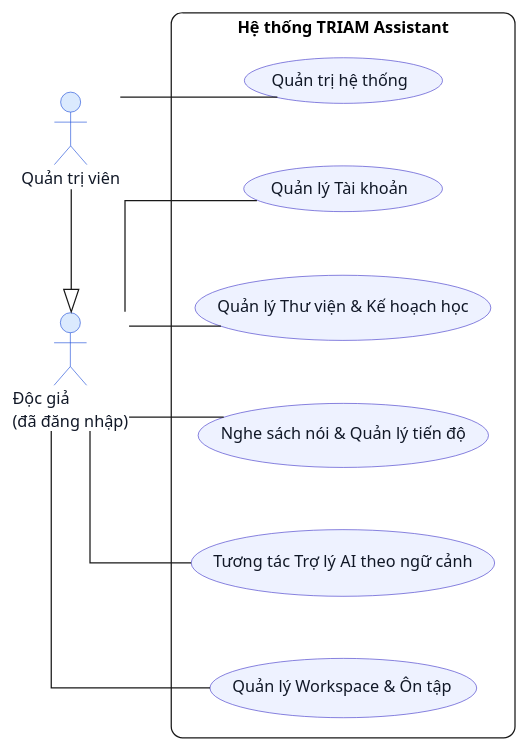
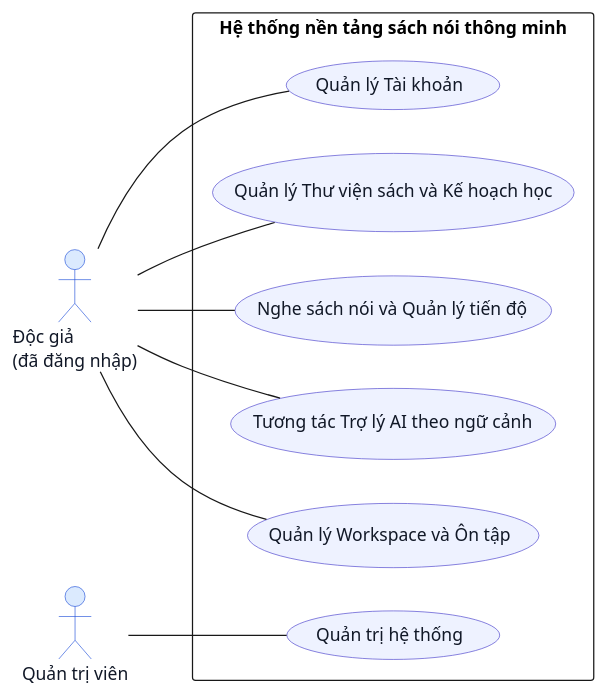
One commit to KhoaSinno/triam-backend changed the diagram in _docs_capstone/_dia/UseCase/sub_UC/triam_usecase_overview.puml. Above: the diagram before and after it, drawn with PlantUML. The commit also changed 15 other files, not shown here.

```diff
--- a/_docs_capstone/_dia/UseCase/sub_UC/triam_usecase_overview.puml
+++ b/_docs_capstone/_dia/UseCase/sub_UC/triam_usecase_overview.puml
@@ -1,45 +1,44 @@
 @startuml triam_usecase_overview
 skinparam Shadowing false
 skinparam backgroundColor #FFFFFF
 skinparam defaultFontName Arial
-skinparam defaultFontSize 13
-skinparam roundcorner 18
-skinparam linetype ortho
-skinparam packageStyle rectangle
-skinparam nodesep 50
-skinparam ranksep 50
+' skinparam defaultFontSize 13
+' skinparam roundcorner 18
+' skinparam linetype ortho
+' skinparam packageStyle rectangle
+' skinparam nodesep 50
+' skinparam ranksep 50
 
 skinparam actor {
   BackgroundColor #DBEAFE
   BorderColor #1D4ED8
   FontColor #111827
 }
 skinparam usecase {
   BackgroundColor #EEF2FF
   BorderColor #4338CA
   FontColor #111827
 }
 
 left to right direction
 
 actor "Độc giả\n(đã đăng nhập)" as Reader
 actor "Quản trị viên" as Admin
-Admin -|> Reader
 
-rectangle "Hệ thống TRIAM Assistant" {
+rectangle "Hệ thống nền tảng sách nói thông minh" {
   (Quản lý Tài khoản) as UC_Account
-  (Quản lý Thư viện & Kế hoạch học) as UC_LibraryPlan
-  (Nghe sách nói & Quản lý tiến độ) as UC_ListenProgress
+  (Quản lý Thư viện sách và Kế hoạch học) as UC_LibraryPlan
+  (Nghe sách nói và Quản lý tiến độ) as UC_ListenProgress
   (Tương tác Trợ lý AI theo ngữ cảnh) as UC_AI
-  (Quản lý Workspace & Ôn tập) as UC_Workspace
+  (Quản lý Workspace và Ôn tập) as UC_Workspace
   (Quản trị hệ thống) as UC_AdminSystem
 }
 
 Reader -- UC_Account
 Reader -- UC_LibraryPlan
 Reader -- UC_ListenProgress
 Reader -- UC_AI
 Reader -- UC_Workspace
 
 Admin -- UC_AdminSystem
 @enduml
```
